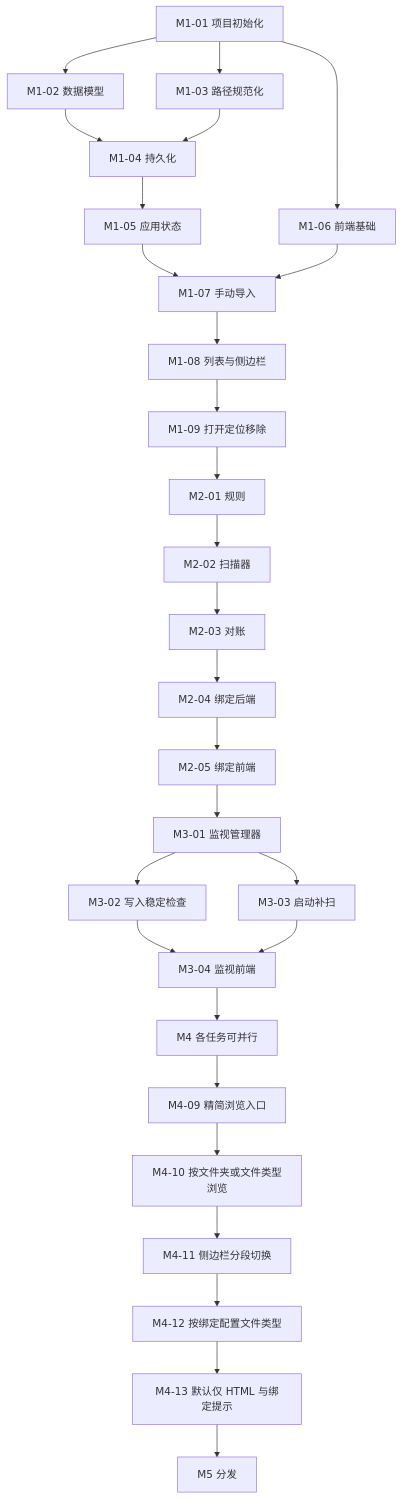
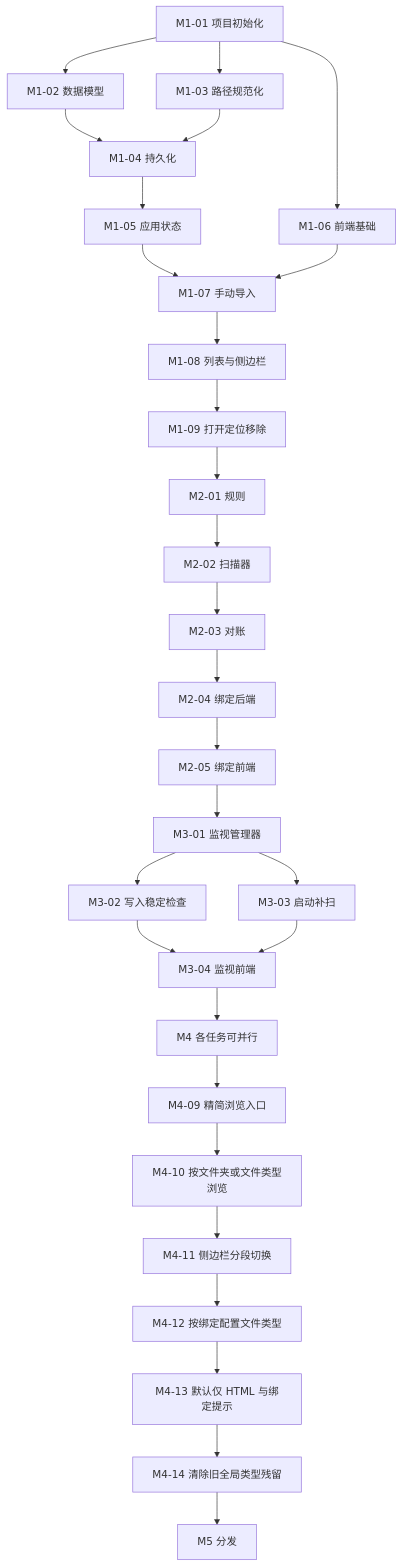
Before and after one commit to 623zhu/file_link: the diagram in docs/PLAN.md, drawn with Mermaid. The commit also changed other lines of this file and 1 other file, not shown here.

````diff
--- a/docs/PLAN.md
+++ b/docs/PLAN.md
@@ -103,33 +104,34 @@
 ```mermaid
 flowchart TD
   M1_01[M1-01 项目初始化] --> M1_02[M1-02 数据模型]
   M1_01 --> M1_03[M1-03 路径规范化]
   M1_01 --> M1_06[M1-06 前端基础]
   M1_02 --> M1_04[M1-04 持久化]
   M1_03 --> M1_04
   M1_04 --> M1_05[M1-05 应用状态]
   M1_05 --> M1_07[M1-07 手动导入]
   M1_06 --> M1_07
   M1_07 --> M1_08[M1-08 列表与侧边栏]
   M1_08 --> M1_09[M1-09 打开定位移除]
 
   M1_09 --> M2_01[M2-01 规则]
   M2_01 --> M2_02[M2-02 扫描器]
   M2_02 --> M2_03[M2-03 对账]
   M2_03 --> M2_04[M2-04 绑定后端]
   M2_04 --> M2_05[M2-05 绑定前端]
 
   M2_05 --> M3_01[M3-01 监视管理器]
   M3_01 --> M3_02[M3-02 写入稳定检查]
   M3_01 --> M3_03[M3-03 启动补扫]
   M3_02 --> M3_04[M3-04 监视前端]
   M3_03 --> M3_04
 
   M3_04 --> M4[M4 各任务可并行]
   M4 --> M4_09[M4-09 精简浏览入口]
   M4_09 --> M4_10[M4-10 按文件夹或文件类型浏览]
   M4_10 --> M4_11[M4-11 侧边栏分段切换]
   M4_11 --> M4_12[M4-12 按绑定配置文件类型]
   M4_12 --> M4_13[M4-13 默认仅 HTML 与绑定提示]
-  M4_13 --> M5[M5 分发]
+  M4_13 --> M4_14[M4-14 清除旧全局类型残留]
+  M4_14 --> M5[M5 分发]
 ```
````
